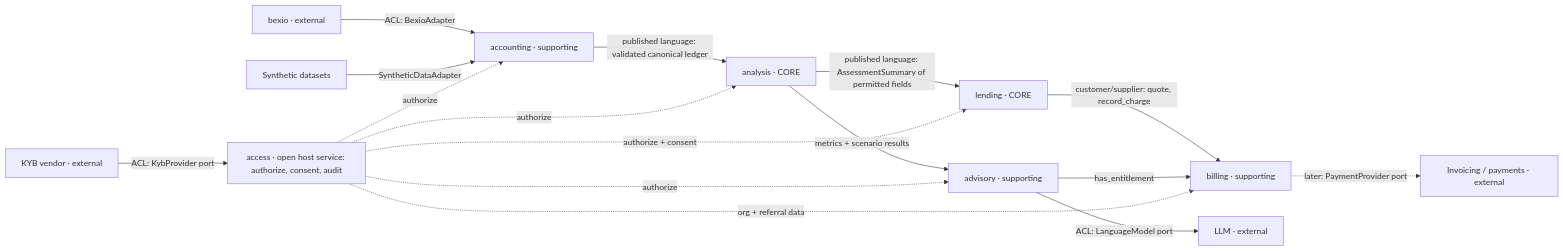
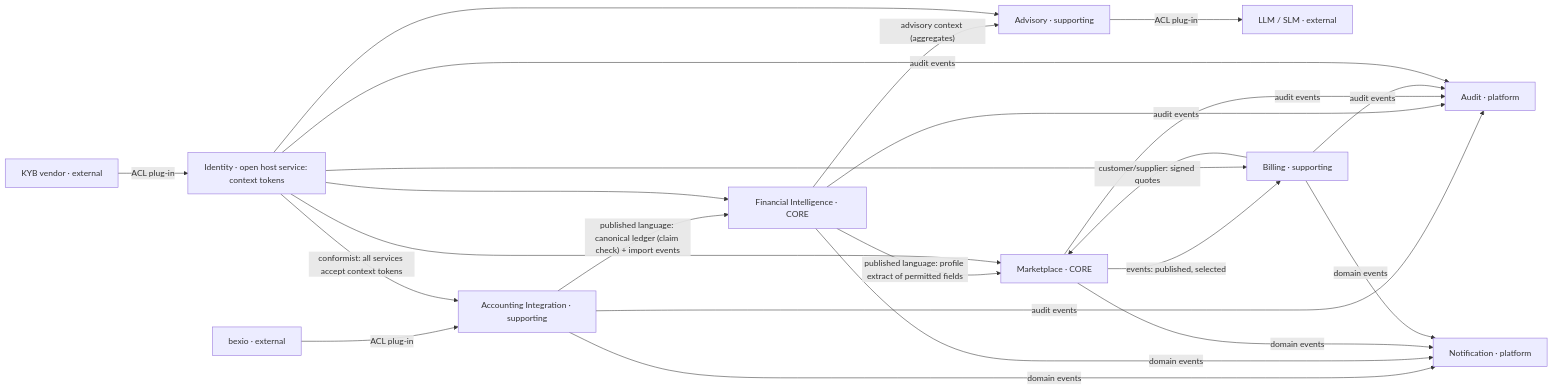
Before and after one commit to VanvikTOR03/credsort: the diagram in docs/architecture/03-domain-model.md, drawn with Mermaid. The commit also changed other lines of this file and 56 other files, not shown here.

First line of the commit message:
docs: switch to service-based architecture, add failure-mode analysis and 31 ADRs

````diff
--- a/docs/architecture/03-domain-model.md
+++ b/docs/architecture/03-domain-model.md
@@ -72,19 +146,18 @@
 ```mermaid
 flowchart LR
-  BX["bexio · external"] -->|"ACL: BexioAdapter"| ACC
-  SYN["Synthetic datasets"] -->|"SyntheticDataAdapter"| ACC
-  ACC["accounting · supporting"] -->|"published language: validated canonical ledger"| ANA
-  ANA["analysis · CORE"] -->|"published language: AssessmentSummary of permitted fields"| LEND
-  ANA -->|"metrics + scenario results"| ADV
-  LEND["lending · CORE"] -->|"customer/supplier: quote, record_charge"| BILL
-  ADV["advisory · supporting"] -->|"ACL: LanguageModel port"| LLM["LLM · external"]
-  ADV -->|"has_entitlement"| BILL
-  BILL["billing · supporting"] -.->|"later: PaymentProvider port"| PAY["Invoicing / payments · external"]
-  KYB["KYB vendor · external"] -->|"ACL: KybProvider port"| ACCESS
-  ACCESS["access · open host service: authorize, consent, audit"]
-  ACCESS -.->|"authorize"| ACC
-  ACCESS -.->|"authorize"| ANA
-  ACCESS -.->|"authorize + consent"| LEND
-  ACCESS -.->|"authorize"| ADV
-  ACCESS -.->|"org + referral data"| BILL
+  BX["bexio · external"] -->|"ACL plug-in"| ACC["Accounting Integration · supporting"]
+  ACC -->|"published language: canonical ledger (claim check) + import events"| FI["Financial Intelligence · CORE"]
+  FI -->|"published language: profile extract of permitted fields"| MKT["Marketplace · CORE"]
+  FI -->|"advisory context (aggregates)"| ADV["Advisory · supporting"]
+  ADV -->|"ACL plug-in"| LLM["LLM / SLM · external"]
+  BIL["Billing · supporting"] -->|"customer/supplier: signed quotes"| MKT
+  MKT -->|"events: published, selected"| BIL
+  ID["Identity · open host service: context tokens"] -->|"conformist: all services accept context tokens"| ACC
+  ID --> FI
+  ID --> MKT
+  ID --> BIL
+  ID --> ADV
+  KYB["KYB vendor · external"] -->|"ACL plug-in"| ID
+  ACC & FI & MKT & BIL & ID -->|"audit events"| AUD["Audit · platform"]
+  ACC & FI & MKT & BIL -->|"domain events"| NTF["Notification · platform"]
 ```
````
